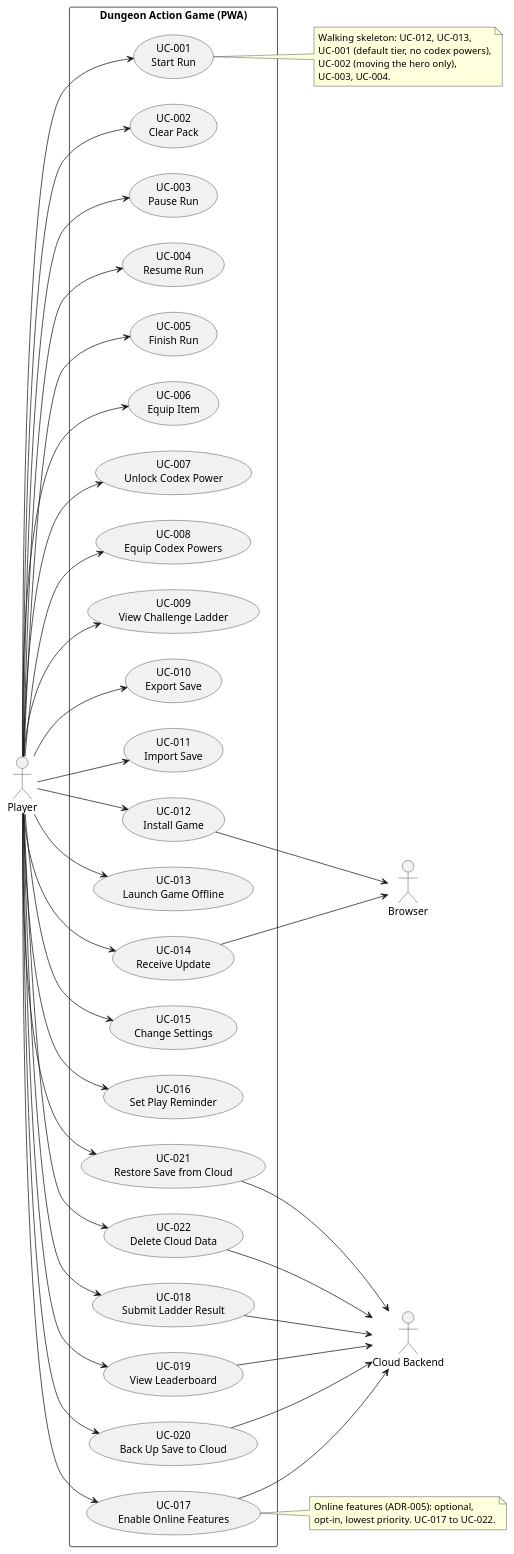
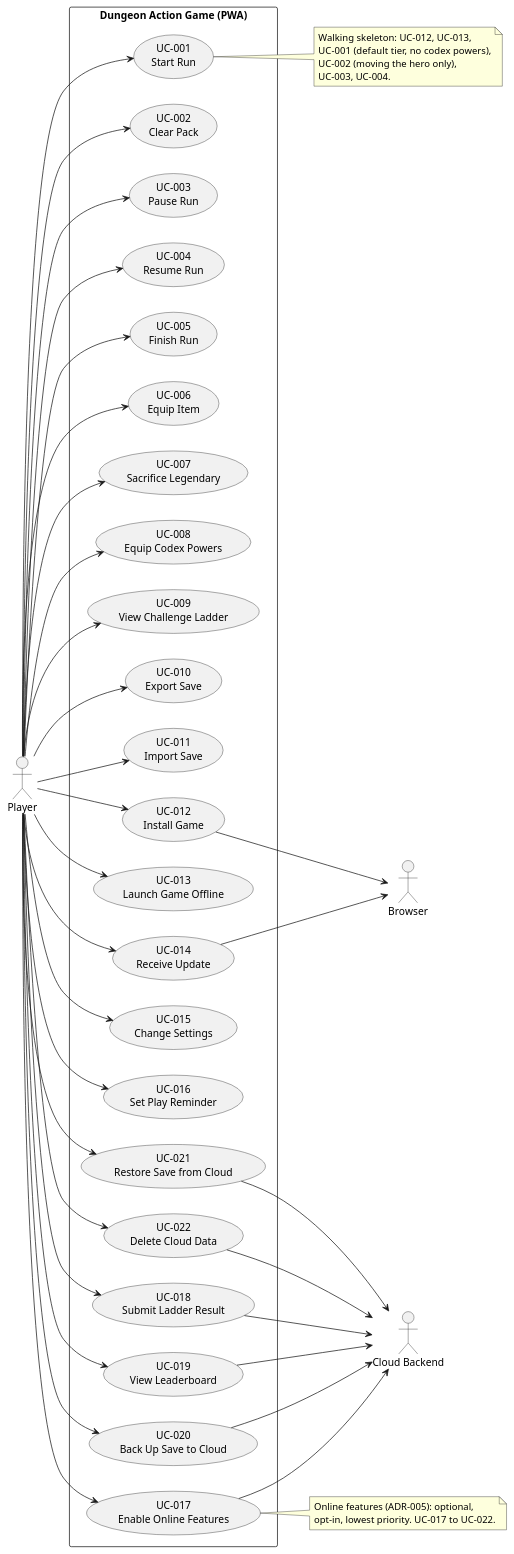
One commit to Eightquake/mobile-dungeon-action-game changed the diagram in docs/use_cases.puml. Above: the diagram before and after it, drawn with PlantUML. The commit also changed 23 other files, not shown here.

Commit message:
Apply owner answers: Three.js renderer (ADR-007), sacrifice to unlock codex powers (UC-007), landscape two-thumb controls, reference phones

```diff
--- a/docs/use_cases.puml
+++ b/docs/use_cases.puml
@@ -1,78 +1,78 @@
 @startuml Use Cases Overview
 left to right direction
 
 actor "Player" as player
 actor "Browser" as browser
 actor "Cloud Backend" as cloud
 
 rectangle "Dungeon Action Game (PWA)" {
     usecase "UC-001\nStart Run" as UC001
     usecase "UC-002\nClear Pack" as UC002
     usecase "UC-003\nPause Run" as UC003
     usecase "UC-004\nResume Run" as UC004
     usecase "UC-005\nFinish Run" as UC005
     usecase "UC-006\nEquip Item" as UC006
-    usecase "UC-007\nUnlock Codex Power" as UC007
+    usecase "UC-007\nSacrifice Legendary" as UC007
     usecase "UC-008\nEquip Codex Powers" as UC008
     usecase "UC-009\nView Challenge Ladder" as UC009
     usecase "UC-010\nExport Save" as UC010
     usecase "UC-011\nImport Save" as UC011
     usecase "UC-012\nInstall Game" as UC012
     usecase "UC-013\nLaunch Game Offline" as UC013
     usecase "UC-014\nReceive Update" as UC014
     usecase "UC-015\nChange Settings" as UC015
     usecase "UC-016\nSet Play Reminder" as UC016
     usecase "UC-017\nEnable Online Features" as UC017
     usecase "UC-018\nSubmit Ladder Result" as UC018
     usecase "UC-019\nView Leaderboard" as UC019
     usecase "UC-020\nBack Up Save to Cloud" as UC020
     usecase "UC-021\nRestore Save from Cloud" as UC021
     usecase "UC-022\nDelete Cloud Data" as UC022
 }
 
 player --> UC001
 player --> UC002
 player --> UC003
 player --> UC004
 player --> UC005
 player --> UC006
 player --> UC007
 player --> UC008
 player --> UC009
 player --> UC010
 player --> UC011
 player --> UC012
 player --> UC013
 player --> UC014
 player --> UC015
 player --> UC016
 player --> UC017
 player --> UC018
 player --> UC019
 player --> UC020
 player --> UC021
 player --> UC022
 
 UC012 --> browser
 UC014 --> browser
 
 UC017 --> cloud
 UC018 --> cloud
 UC019 --> cloud
 UC020 --> cloud
 UC021 --> cloud
 UC022 --> cloud
 
 note right of UC001
   Walking skeleton: UC-012, UC-013,
   UC-001 (default tier, no codex powers),
   UC-002 (moving the hero only),
   UC-003, UC-004.
 end note
 
 note right of UC017
   Online features (ADR-005): optional,
   opt-in, lowest priority. UC-017 to UC-022.
 end note
 
 @enduml
```
